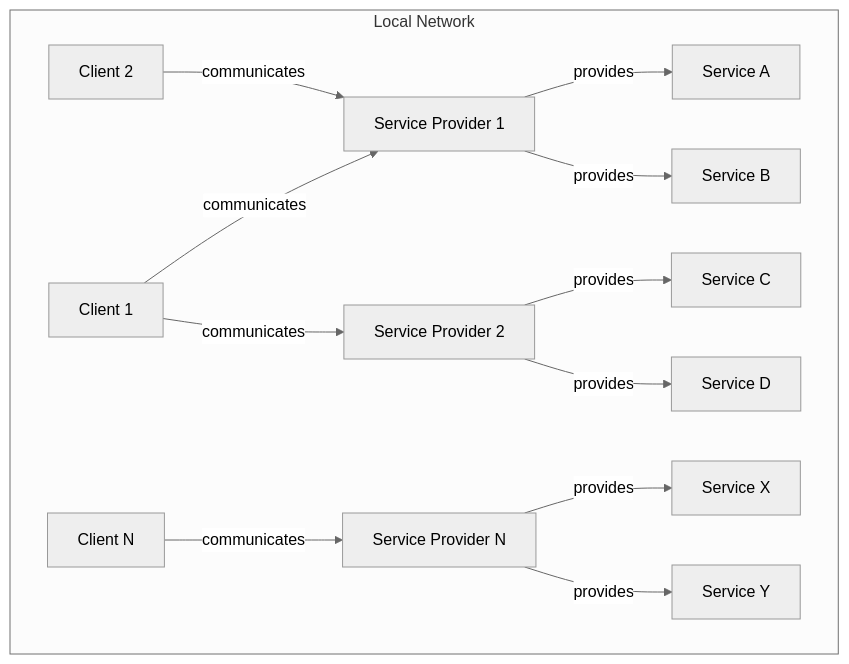
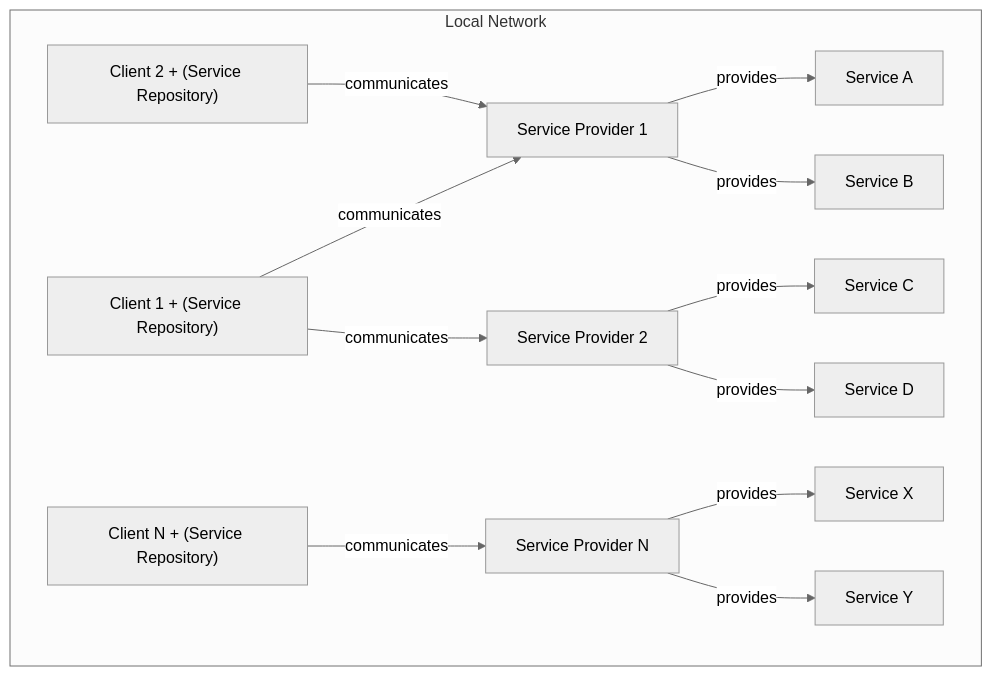
The second of 2 diagrams in README.md (OmidArdestani/Service-Oriented-API-Interface), drawn with Mermaid (neutral theme) before and after one commit. The commit also changed other lines of this file, not shown here.

````diff
--- a/README.md
+++ b/README.md
@@ -298,31 +298,31 @@
 ```mermaid
 graph TD
     subgraph Local Network
         direction LR
-        Client1["Client 1"]
-        Client2["Client 2"]
-        ClientN["Client N"]
+        Client1["Client 1 + (Service Repository)"]
+        Client2["Client 2 + (Service Repository)"]
+        ClientN["Client N + (Service Repository)"]
         SP1["Service Provider 1"]
         SP2["Service Provider 2"]
         SPN["Service Provider N"]
         S1A["Service A"]
         S1B["Service B"]
         S2A["Service C"]
         S2B["Service D"]
         SNX["Service X"]
         SNY["Service Y"]
     end
 
     SP1 -- provides --> S1A
     SP1 -- provides --> S1B
     SP2 -- provides --> S2A
     SP2 -- provides --> S2B
     SPN -- provides --> SNX
     SPN -- provides --> SNY
 
     Client1 -- communicates --> SP1
     Client1 -- communicates --> SP2
     Client2 -- communicates --> SP1
     ClientN -- communicates --> SPN
     %% Add more connections as needed
 ```
````
